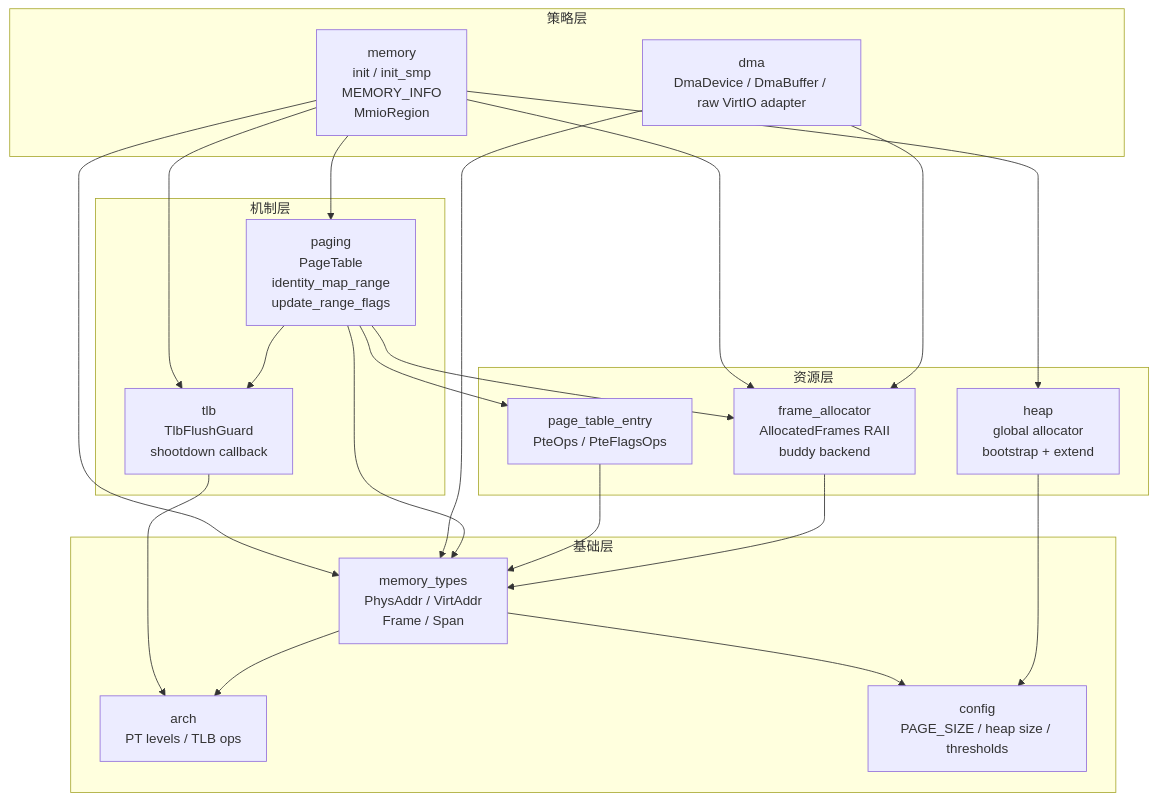
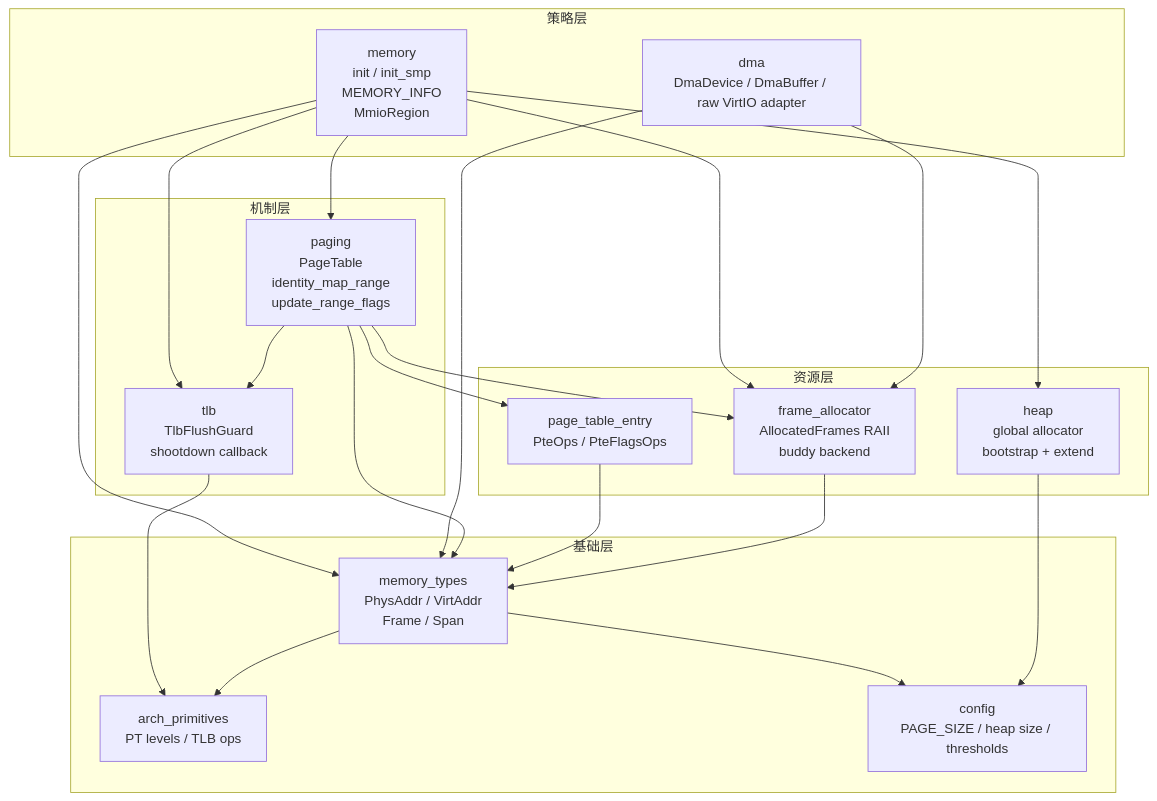
Before and after one commit to MRNIU/SimpleKernel: the first of 7 diagrams in docs/design/memory-subsystem-v2.md, drawn with Mermaid. The commit also changed 42 other files, not shown here.

````diff
--- a/docs/design/memory-subsystem-v2.md
+++ b/docs/design/memory-subsystem-v2.md
@@ -31,42 +31,42 @@
 ```mermaid
 flowchart TB
   subgraph Policy["策略层"]
     memory["memory<br/>init / init_smp<br/>MEMORY_INFO<br/>MmioRegion"]
     dma["dma<br/>DmaDevice / DmaBuffer / raw VirtIO adapter"]
   end
 
   subgraph Mechanism["机制层"]
     paging["paging<br/>PageTable<br/>identity_map_range<br/>update_range_flags"]
     tlb["tlb<br/>TlbFlushGuard<br/>shootdown callback"]
   end
 
   subgraph Resource["资源层"]
     frame["frame_allocator<br/>AllocatedFrames RAII<br/>buddy backend"]
     heap["heap<br/>global allocator<br/>bootstrap + extend"]
     pte["page_table_entry<br/>PteOps / PteFlagsOps"]
   end
 
   subgraph Primitive["基础层"]
     types["memory_types<br/>PhysAddr / VirtAddr<br/>Frame / Span"]
-    arch["arch<br/>PT levels / TLB ops"]
+    arch_primitives["arch_primitives<br/>PT levels / TLB ops"]
     config["config<br/>PAGE_SIZE / heap size / thresholds"]
   end
 
   memory --> heap
   memory --> frame
   memory --> paging
   memory --> tlb
   memory --> types
   dma --> frame
   dma --> types
   paging --> frame
   paging --> pte
   paging --> tlb
   paging --> types
   pte --> types
-  tlb --> arch
-  types --> arch
+  tlb --> arch_primitives
+  types --> arch_primitives
   types --> config
   frame --> types
   heap --> config
 ```
````
